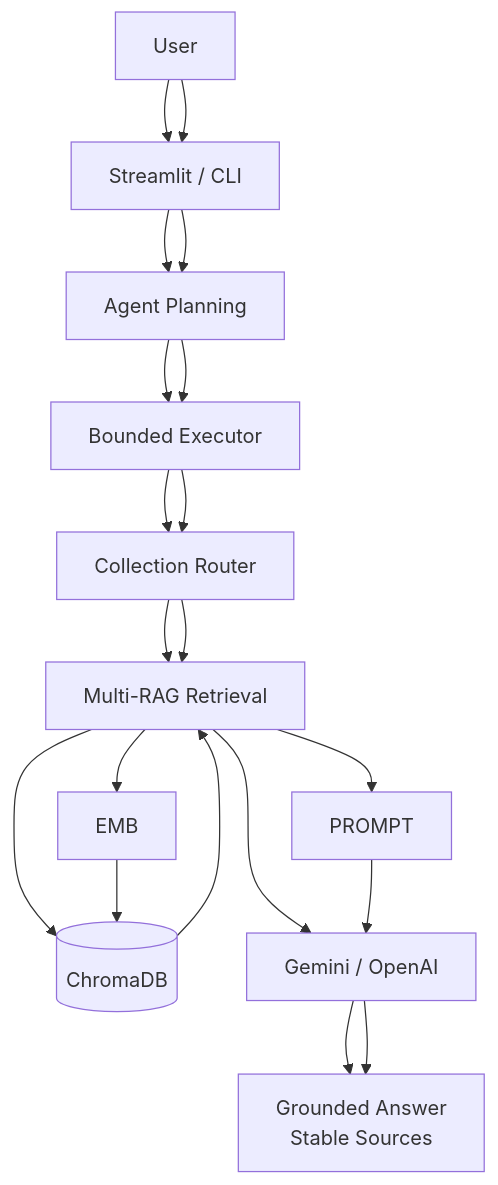
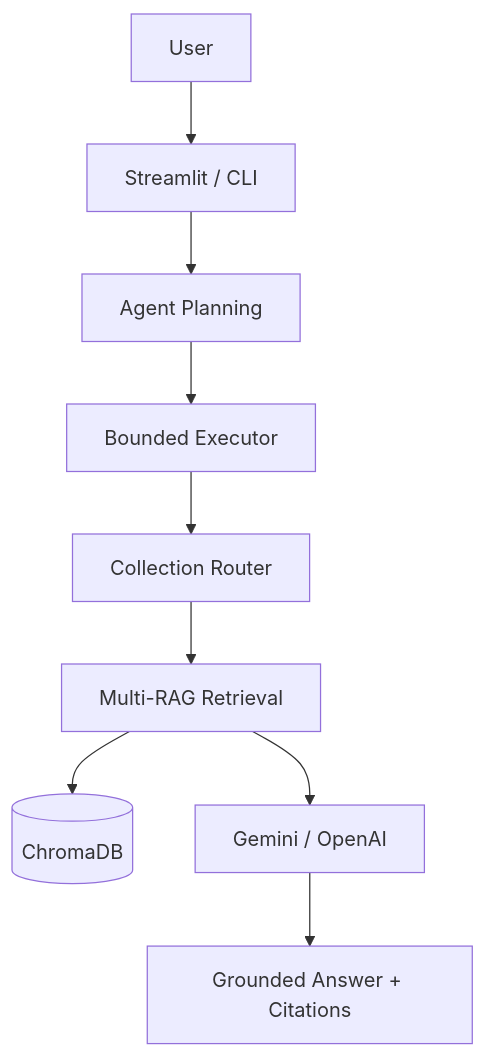
One commit to berkin9/MiniRAG-Assistant changed the diagram in README.md. Above: the diagram before and after it, drawn with Mermaid. The commit also changed other lines of this file, not shown here.

````diff
--- a/README.md
+++ b/README.md
@@ -110,25 +126,11 @@
 ```mermaid
 flowchart TD
     U[User] --> UI[Streamlit / CLI]
     UI --> PLAN[Agent Planning]
     PLAN --> EXEC[Bounded Executor]
     EXEC --> ROUTE[Collection Router]
     ROUTE --> RETRIEVE[Multi-RAG Retrieval]
     RETRIEVE --> CHROMA[(ChromaDB)]
     RETRIEVE --> LLM[Gemini / OpenAI]
     LLM --> ANSWER[Grounded Answer + Citations]
-
-    ANSWER[Grounded Answer<br/>Stable Sources]
-
-    U --> UI
-    UI --> PLAN
-    PLAN --> EXEC
-    EXEC --> ROUTE
-    ROUTE --> RETRIEVE
-    RETRIEVE --> EMB
-    EMB --> CHROMA
-    CHROMA --> RETRIEVE
-    RETRIEVE --> PROMPT
-    PROMPT --> LLM
-    LLM --> ANSWER
 ```
````
